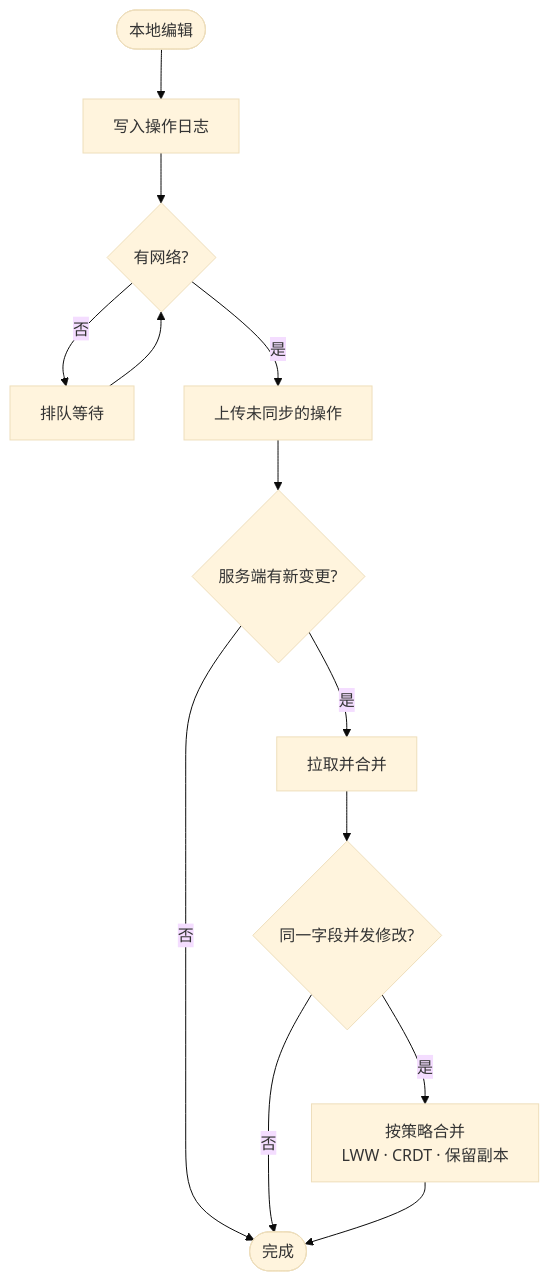
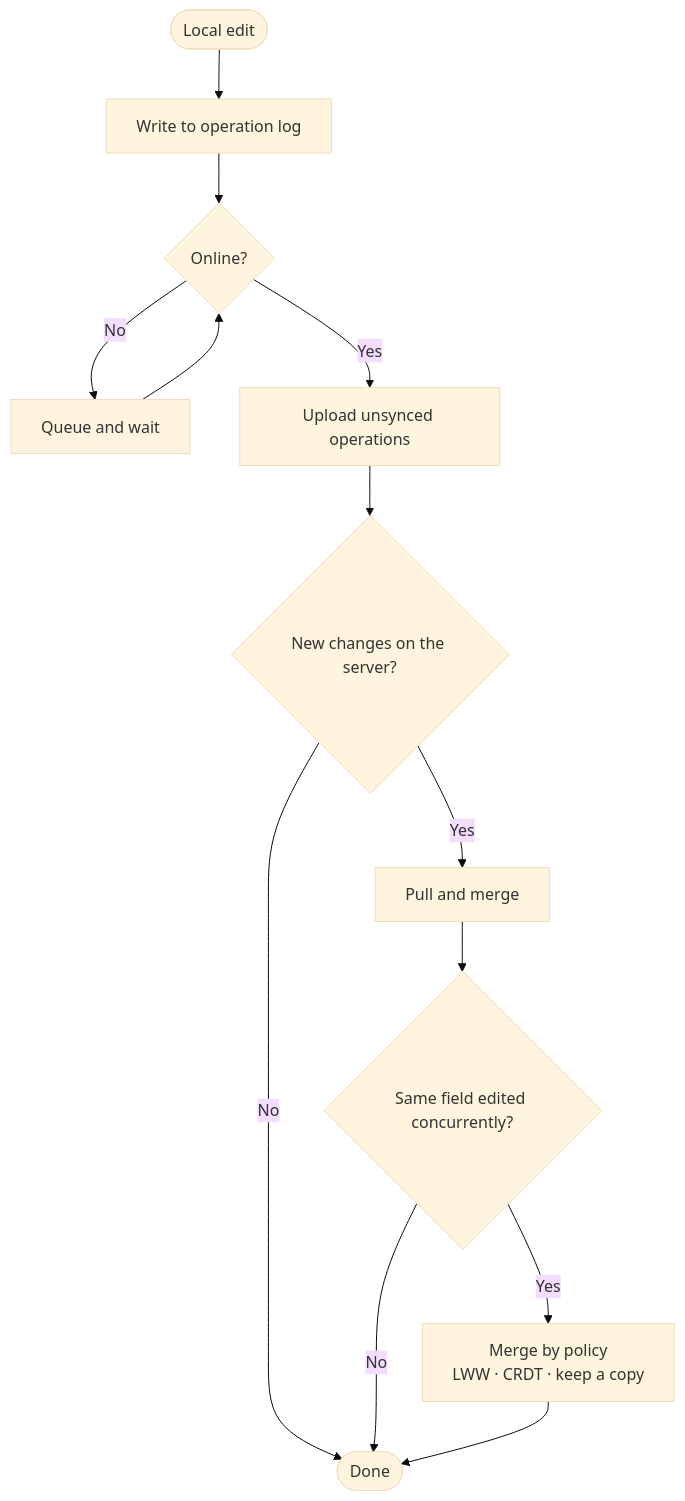
The third of 7 diagrams in preview.md (folay-git/typora-cursor-theme), drawn with Mermaid (base theme) before and after one commit. The commit also changed other lines of this file and 16 other files, not shown here.

````diff
--- a/preview.md
+++ b/preview.md
@@ -165,15 +165,15 @@
 ```mermaid
 flowchart TD
-    A([本地编辑]) --> B[写入操作日志]
-    B --> C{有网络?}
-    C -- 否 --> D[排队等待]
+    A([Local edit]) --> B[Write to operation log]
+    B --> C{Online?}
+    C -- No --> D[Queue and wait]
     D --> C
-    C -- 是 --> E[上传未同步的操作]
-    E --> F{服务端有新变更?}
-    F -- 否 --> G([完成])
-    F -- 是 --> H[拉取并合并]
-    H --> I{同一字段并发修改?}
-    I -- 否 --> G
-    I -- 是 --> J["按策略合并<br/>LWW · CRDT · 保留副本"]
+    C -- Yes --> E[Upload unsynced operations]
+    E --> F{New changes on the server?}
+    F -- No --> G([Done])
+    F -- Yes --> H[Pull and merge]
+    H --> I{Same field edited concurrently?}
+    I -- No --> G
+    I -- Yes --> J["Merge by policy<br/>LWW · CRDT · keep a copy"]
     J --> G
 ```
````
